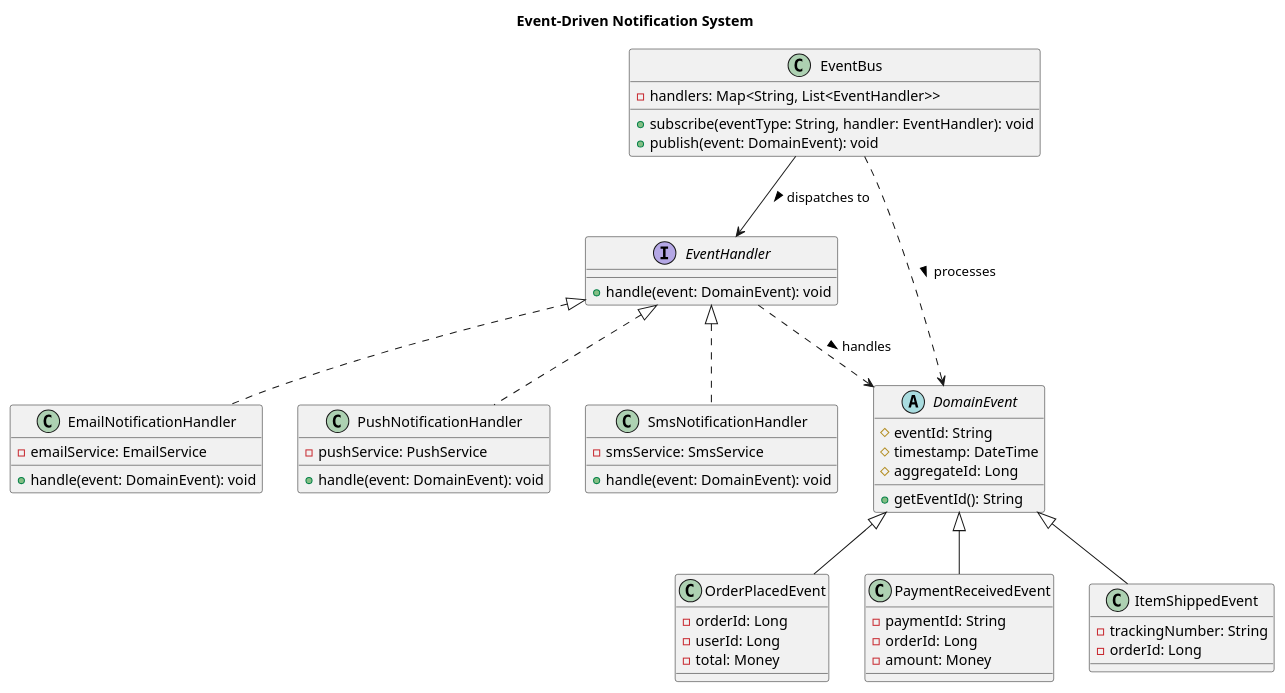
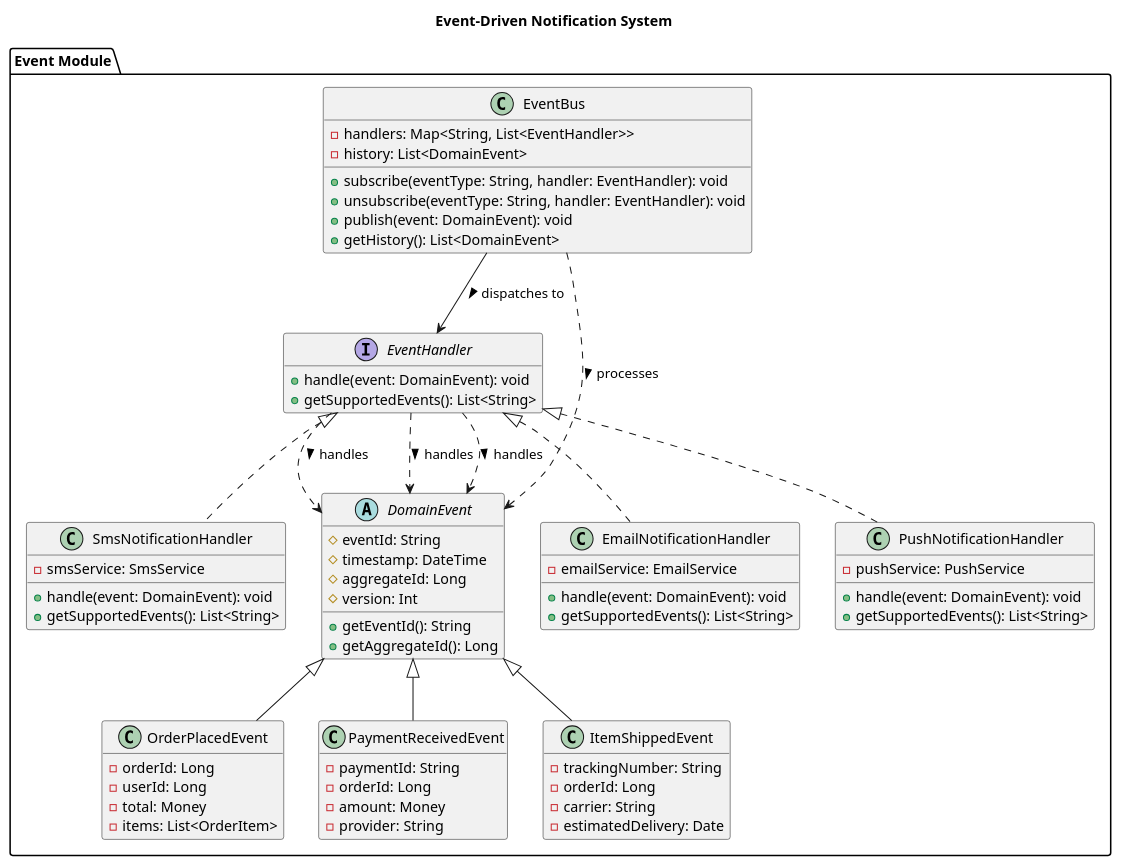
Before and after one commit to nochoco-lee/posit: the diagram in test_scripts/gallery/plantuml_class/advanced_07.puml, drawn with PlantUML. The commit also changed 39 other files, not shown here.

First line of the commit message:
feat: rewrite all advanced diagrams with commonly-used features

```diff
--- a/test_scripts/gallery/plantuml_class/advanced_07.puml
+++ b/test_scripts/gallery/plantuml_class/advanced_07.puml
@@ -1,56 +1,75 @@
 @startuml
 title Event-Driven Notification System
 
-interface EventHandler {
-  +handle(event: DomainEvent): void
-}
+hide empty members
 
-abstract class DomainEvent {
-  #eventId: String
-  #timestamp: DateTime
-  #aggregateId: Long
-  +getEventId(): String
-}
+package "Event Module" {
+  interface EventHandler {
+    +handle(event: DomainEvent): void
+    +getSupportedEvents(): List<String>
+  }
 
-class OrderPlacedEvent extends DomainEvent {
-  -orderId: Long
-  -userId: Long
-  -total: Money
-}
+  abstract class DomainEvent {
+    #eventId: String
+    #timestamp: DateTime
+    #aggregateId: Long
+    #version: Int
+    +getEventId(): String
+    +getAggregateId(): Long
+  }
 
-class PaymentReceivedEvent extends DomainEvent {
-  -paymentId: String
-  -orderId: Long
-  -amount: Money
-}
+  class OrderPlacedEvent extends DomainEvent {
+    -orderId: Long
+    -userId: Long
+    -total: Money
+    -items: List<OrderItem>
+  }
 
-class ItemShippedEvent extends DomainEvent {
-  -trackingNumber: String
-  -orderId: Long
-}
+  class PaymentReceivedEvent extends DomainEvent {
+    -paymentId: String
+    -orderId: Long
+    -amount: Money
+    -provider: String
+  }
 
-class EventBus {
-  -handlers: Map<String, List<EventHandler>>
-  +subscribe(eventType: String, handler: EventHandler): void
-  +publish(event: DomainEvent): void
-}
+  class ItemShippedEvent extends DomainEvent {
+    -trackingNumber: String
+    -orderId: Long
+    -carrier: String
+    -estimatedDelivery: Date
+  }
 
-class EmailNotificationHandler implements EventHandler {
-  -emailService: EmailService
-  +handle(event: DomainEvent): void
-}
+  class EventBus {
+    -handlers: Map<String, List<EventHandler>>
+    -history: List<DomainEvent>
+    +subscribe(eventType: String, handler: EventHandler): void
+    +unsubscribe(eventType: String, handler: EventHandler): void
+    +publish(event: DomainEvent): void
+    +getHistory(): List<DomainEvent>
+  }
 
-class PushNotificationHandler implements EventHandler {
-  -pushService: PushService
-  +handle(event: DomainEvent): void
-}
+  class EmailNotificationHandler implements EventHandler {
+    -emailService: EmailService
+    +handle(event: DomainEvent): void
+    +getSupportedEvents(): List<String>
+  }
 
-class SmsNotificationHandler implements EventHandler {
-  -smsService: SmsService
-  +handle(event: DomainEvent): void
+  class PushNotificationHandler implements EventHandler {
+    -pushService: PushService
+    +handle(event: DomainEvent): void
+    +getSupportedEvents(): List<String>
+  }
+
+  class SmsNotificationHandler implements EventHandler {
+    -smsService: SmsService
+    +handle(event: DomainEvent): void
+    +getSupportedEvents(): List<String>
+  }
 }
 
 EventBus --> EventHandler : dispatches to >
 EventBus ..> DomainEvent : processes >
 EventHandler ..> DomainEvent : handles >
+EventHandler ..> DomainEvent : handles >
+EventHandler ..> DomainEvent : handles >
 @enduml
```
